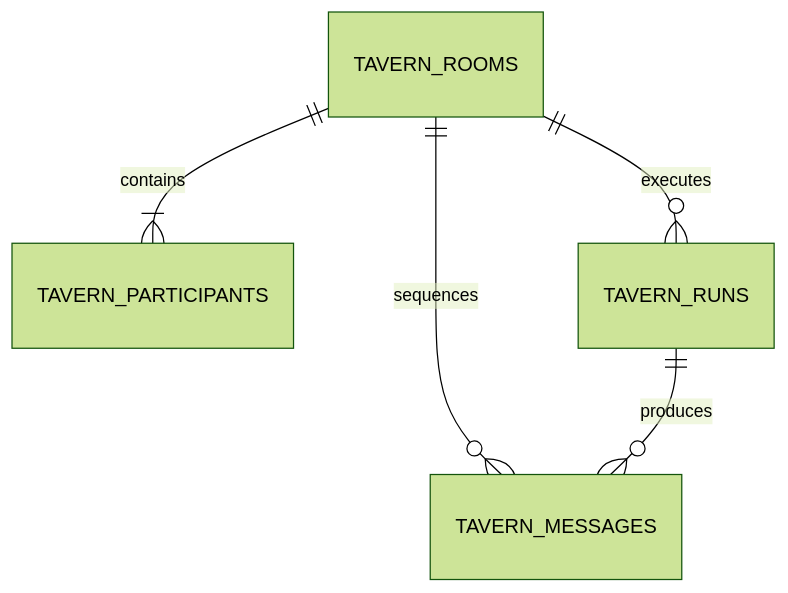
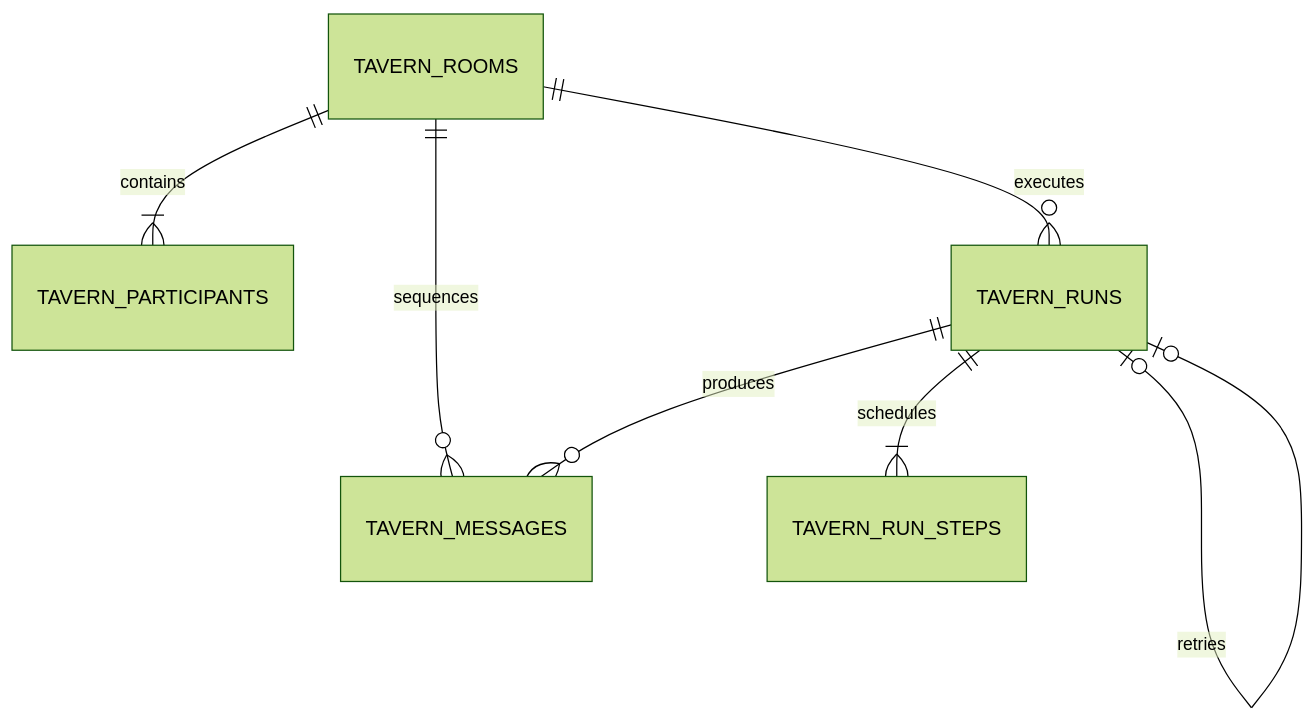
The diagram in docs/tavern-architecture.md (FrightenedFoxCN/vibe-learner), drawn with Mermaid (forest theme) before and after one commit. The commit also changed other lines of this file and 20 other files, not shown here.

Commit message:
feat(tavern): add facilitated multi-persona runs

````diff
--- a/docs/tavern-architecture.md
+++ b/docs/tavern-architecture.md
@@ -19,7 +20,9 @@
 ```mermaid
 erDiagram
     TAVERN_ROOMS ||--|{ TAVERN_PARTICIPANTS : contains
     TAVERN_ROOMS ||--o{ TAVERN_MESSAGES : sequences
     TAVERN_ROOMS ||--o{ TAVERN_RUNS : executes
+    TAVERN_RUNS ||--|{ TAVERN_RUN_STEPS : schedules
+    TAVERN_RUNS o|--o| TAVERN_RUNS : retries
     TAVERN_RUNS ||--o{ TAVERN_MESSAGES : produces
 ```
````
